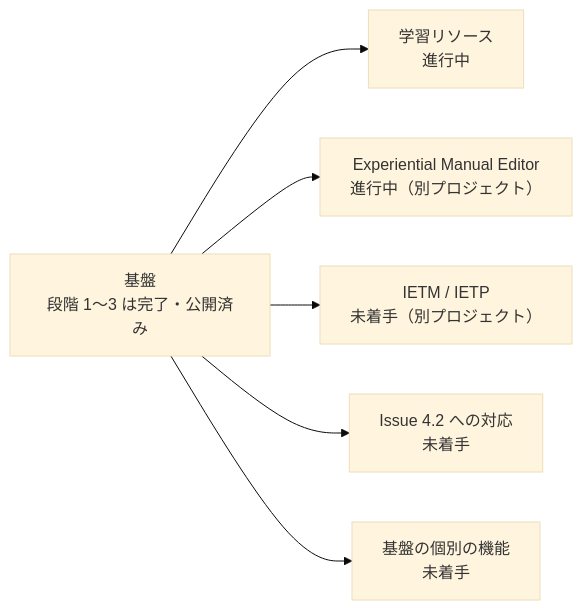
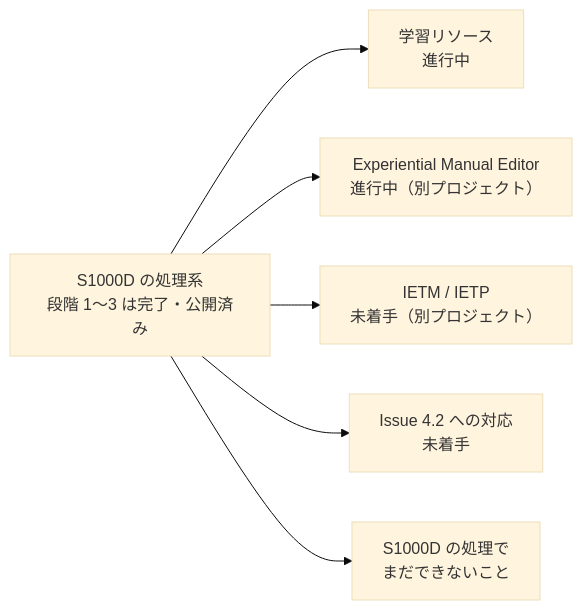
Before and after one commit to shuji-bonji/s1000d-stack: the third of 5 diagrams in docs/ROADMAP.md, drawn with Mermaid (base theme). The commit also changed other lines of this file and 14 other files, not shown here.

````diff
--- a/docs/ROADMAP.md
+++ b/docs/ROADMAP.md
@@ -88,8 +88,8 @@
 ```mermaid
 flowchart LR
-  B["基盤<br/>段階 1〜3 は完了・公開済み"] --> L["学習リソース<br/>進行中"]
+  B["S1000D の処理系<br/>段階 1〜3 は完了・公開済み"] --> L["学習リソース<br/>進行中"]
   B --> X["Experiential Manual Editor<br/>進行中（別プロジェクト）"]
   B --> I["IETM / IETP<br/>未着手（別プロジェクト）"]
   B --> V["Issue 4.2 への対応<br/>未着手"]
-  B --> F["基盤の個別の機能<br/>未着手"]
+  B --> F["S1000D の処理で<br/>まだできないこと"]
 ```
````
